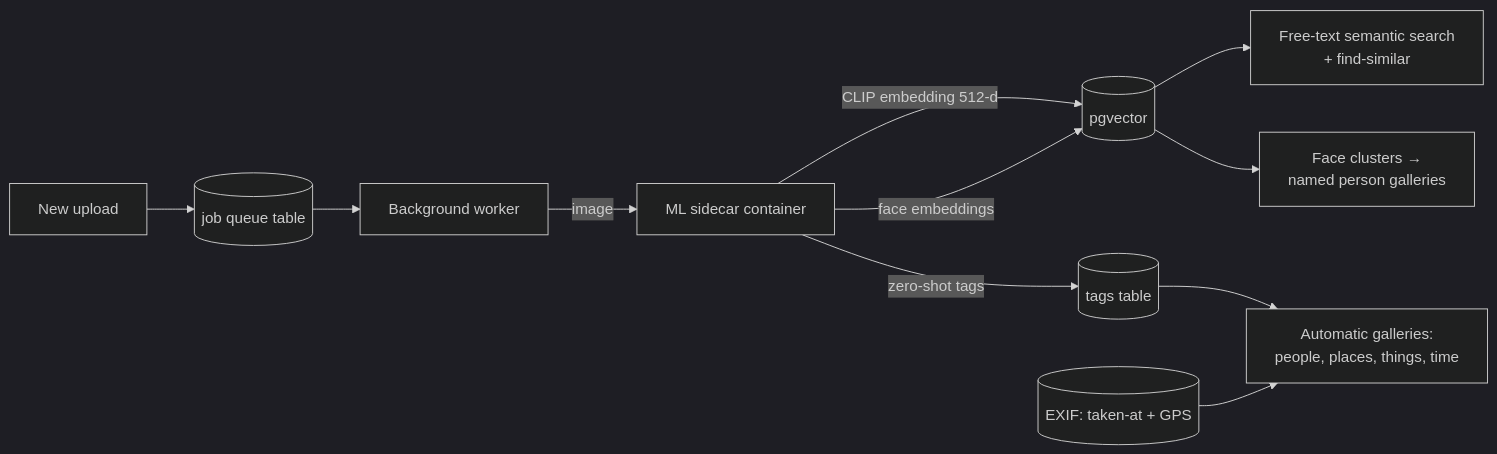
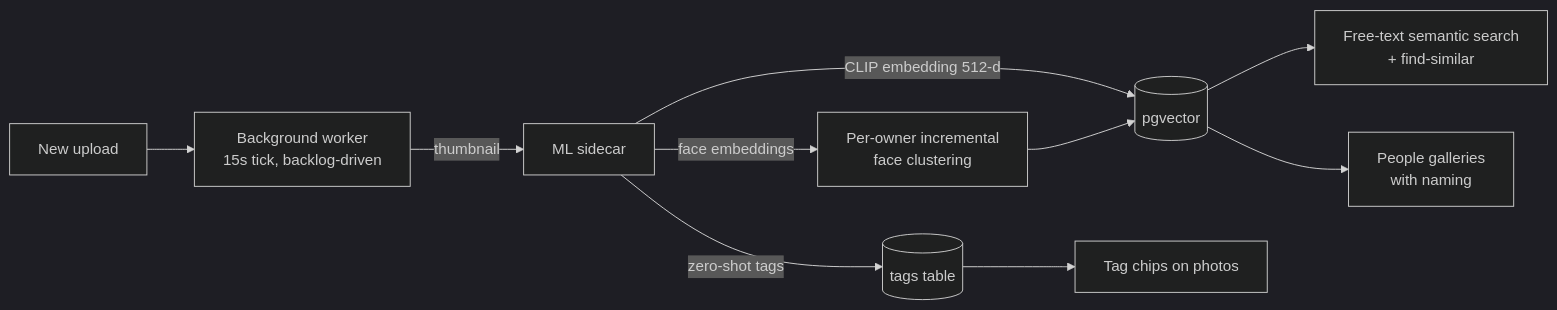
Before and after one commit to mmcjcc/PicOps: the fourth of 4 diagrams in README.md, drawn with Mermaid (dark theme). The commit also changed other lines of this file, not shown here.

Commit message:
Docs: ML pipeline is no longer 'planned' - update architecture diagrams

````diff
--- a/README.md
+++ b/README.md
@@ -91,13 +85,12 @@
 ```mermaid
 flowchart LR
-    UP[New upload] --> QU[(job queue table)]
-    QU --> W[Background worker]
-    W -->|image| SC[ML sidecar container]
+    UP[New upload] --> W[Background worker<br>15s tick, backlog-driven]
+    W -->|thumbnail| SC[ML sidecar]
     SC -->|CLIP embedding 512-d| PV[(pgvector)]
-    SC -->|face embeddings| PV
+    SC -->|face embeddings| FC[Per-owner incremental<br>face clustering]
+    FC --> PV
     SC -->|zero-shot tags| TAGS[(tags table)]
     PV --> SEARCH[Free-text semantic search<br>+ find-similar]
-    PV --> FACES[Face clusters →<br>named person galleries]
-    TAGS --> AUTOG[Automatic galleries:<br>people, places, things, time]
-    META[(EXIF: taken-at + GPS)] --> AUTOG
+    PV --> FACES[People galleries<br>with naming]
+    TAGS --> CHIPS[Tag chips on photos]
 ```
````
